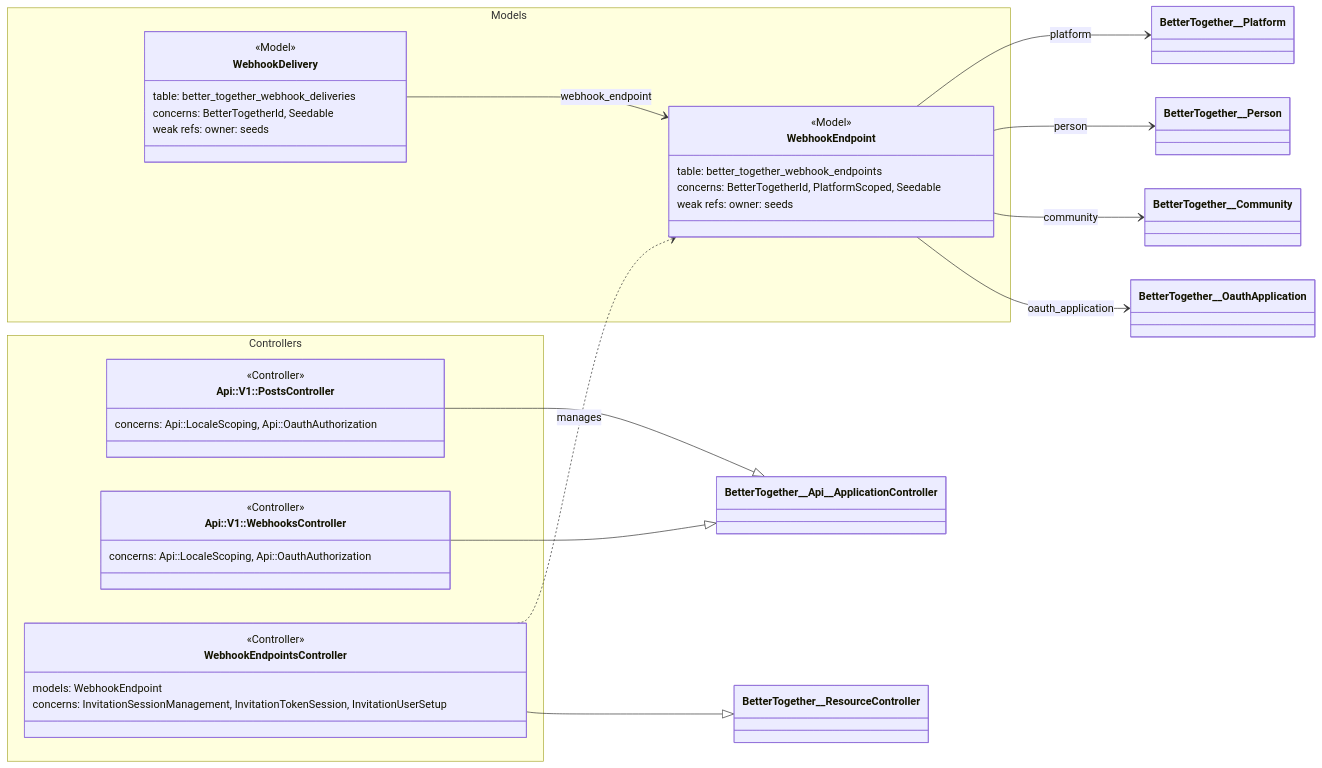
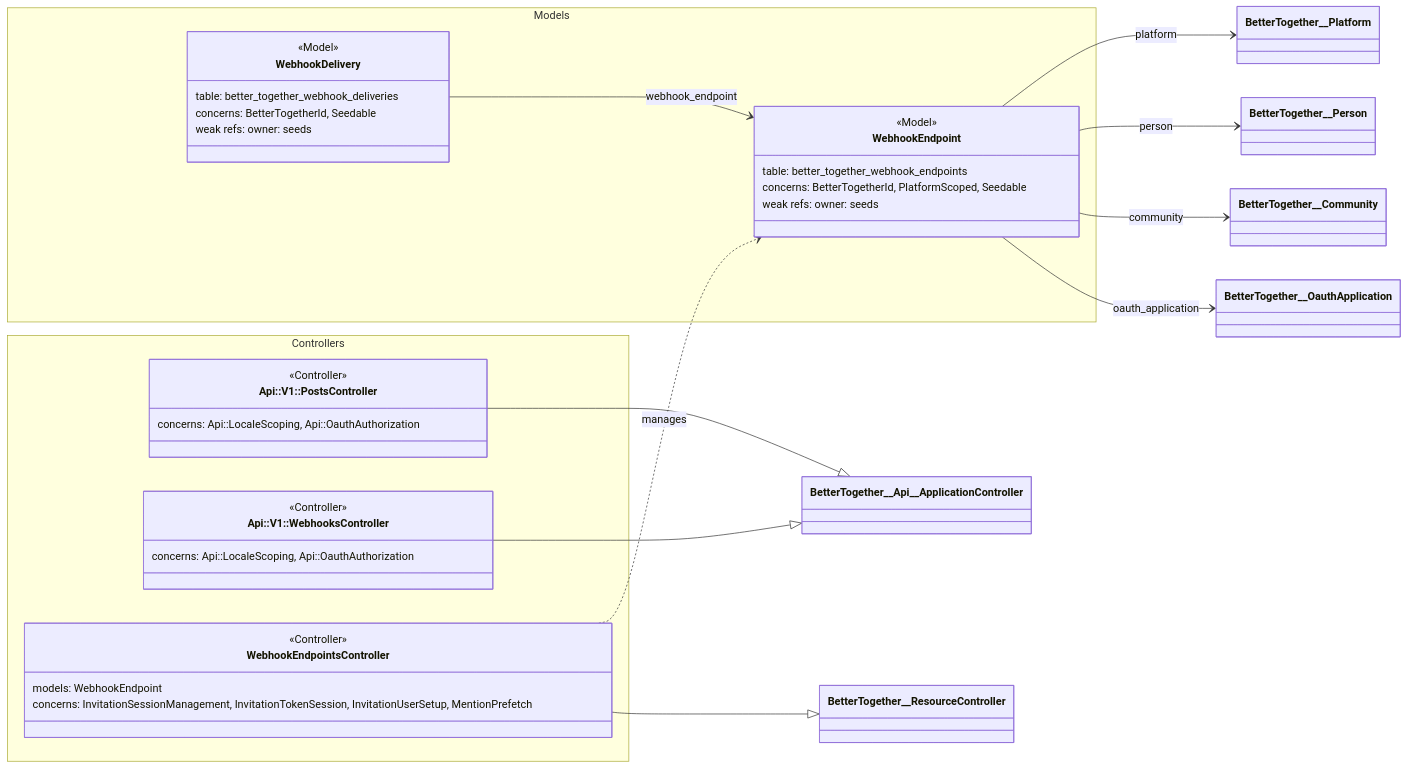
The diagram in docs/diagrams/source/ce_integrations_webhooks_rails_layers.mmd (better-together-org/community-engine-rails), drawn with Mermaid before and after one commit. The commit also changed 114 other files, not shown here.

```diff
--- a/docs/diagrams/source/ce_integrations_webhooks_rails_layers.mmd
+++ b/docs/diagrams/source/ce_integrations_webhooks_rails_layers.mmd
@@ -1,44 +1,44 @@
 %% Generated by scripts/export_subsystem_diagrams.rb
 classDiagram
   direction LR
 
   namespace Controllers {
     class BetterTogether__Api__V1__PostsController["Api::V1::PostsController"] {
       <<Controller>>
       concerns: Api::LocaleScoping, Api::OauthAuthorization
     }
     class BetterTogether__Api__V1__WebhooksController["Api::V1::WebhooksController"] {
       <<Controller>>
       concerns: Api::LocaleScoping, Api::OauthAuthorization
     }
     class BetterTogether__WebhookEndpointsController["WebhookEndpointsController"] {
       <<Controller>>
       models: WebhookEndpoint
-      concerns: InvitationSessionManagement, InvitationTokenSession, InvitationUserSetup
+      concerns: InvitationSessionManagement, InvitationTokenSession, InvitationUserSetup, MentionPrefetch
     }
   }
 
   namespace Models {
     class BetterTogether__WebhookDelivery["WebhookDelivery"] {
       <<Model>>
       table: better_together_webhook_deliveries
       concerns: BetterTogetherId, Seedable
       weak refs: owner: seeds
     }
     class BetterTogether__WebhookEndpoint["WebhookEndpoint"] {
       <<Model>>
       table: better_together_webhook_endpoints
       concerns: BetterTogetherId, PlatformScoped, Seedable
       weak refs: owner: seeds
     }
   }
 
   BetterTogether__Api__V1__PostsController --|> BetterTogether__Api__ApplicationController
   BetterTogether__Api__V1__WebhooksController --|> BetterTogether__Api__ApplicationController
   BetterTogether__WebhookEndpointsController ..> BetterTogether__WebhookEndpoint : manages
   BetterTogether__WebhookEndpointsController --|> BetterTogether__ResourceController
   BetterTogether__WebhookDelivery --> BetterTogether__WebhookEndpoint : webhook_endpoint
   BetterTogether__WebhookEndpoint --> BetterTogether__Platform : platform
   BetterTogether__WebhookEndpoint --> BetterTogether__Person : person
   BetterTogether__WebhookEndpoint --> BetterTogether__Community : community
   BetterTogether__WebhookEndpoint --> BetterTogether__OauthApplication : oauth_application
```
